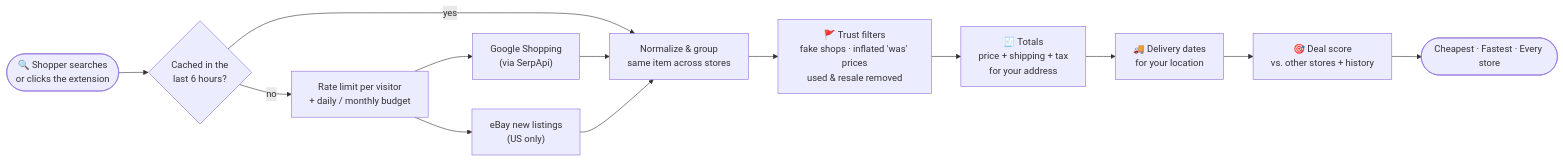
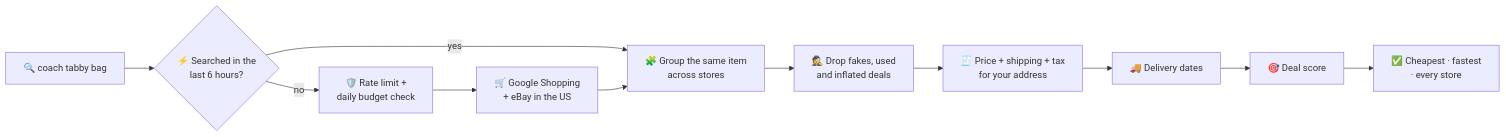
One commit to Aadharsh21/Stealz changed the first of 2 diagrams in README.md. Above: the diagram before and after it, drawn with Mermaid. The commit also changed other lines of this file and 1 other file, not shown here.

First line of the commit message:
Restyle the README after Class Concierge: emojis, a 3-step graphic, real catches

````diff
--- a/README.md
+++ b/README.md
@@ -134,15 +157,13 @@
 ```mermaid
 flowchart LR
-    U(["🔍 Shopper searches<br/>or clicks the extension"]) --> C{"Cached in the<br/>last 6 hours?"}
-    C -- yes --> N
-    C -- no --> L["Rate limit per visitor<br/>+ daily / monthly budget"]
-    L --> G["Google Shopping<br/>(via SerpApi)"]
-    L --> E["eBay new listings<br/>(US only)"]
-    G --> N["Normalize & group<br/>same item across stores"]
-    E --> N
-    N --> T["🚩 Trust filters<br/>fake shops · inflated 'was' prices<br/>used & resale removed"]
-    T --> P["🧾 Totals<br/>price + shipping + tax<br/>for your address"]
-    P --> D["🚚 Delivery dates<br/>for your location"]
-    D --> S["🎯 Deal score<br/>vs. other stores + history"]
-    S --> R(["Cheapest · Fastest · Every store"])
+    A["🔍 coach tabby bag"] --> B{"⚡ Searched in the<br/>last 6 hours?"}
+    B -- "yes" --> F
+    B -- "no" --> C["🛡️ Rate limit +<br/>daily budget check"]
+    C --> D["🛒 Google Shopping<br/>+ eBay in the US"]
+    D --> F["🧩 Group the same item<br/>across stores"]
+    F --> G["🕵️ Drop fakes, used<br/>and inflated deals"]
+    G --> H["🧾 Price + shipping + tax<br/>for your address"]
+    H --> I["🚚 Delivery dates"]
+    I --> J["🎯 Deal score"]
+    J --> K["✅ Cheapest · fastest<br/>· every store"]
 ```
````
